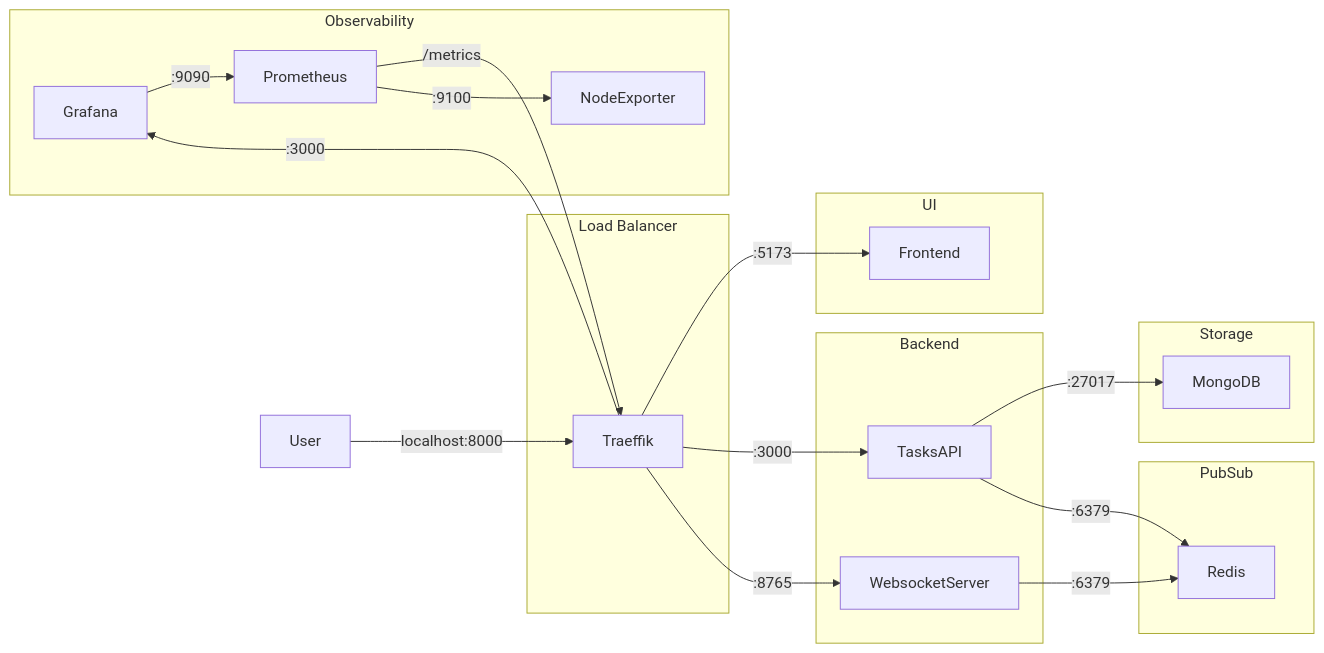
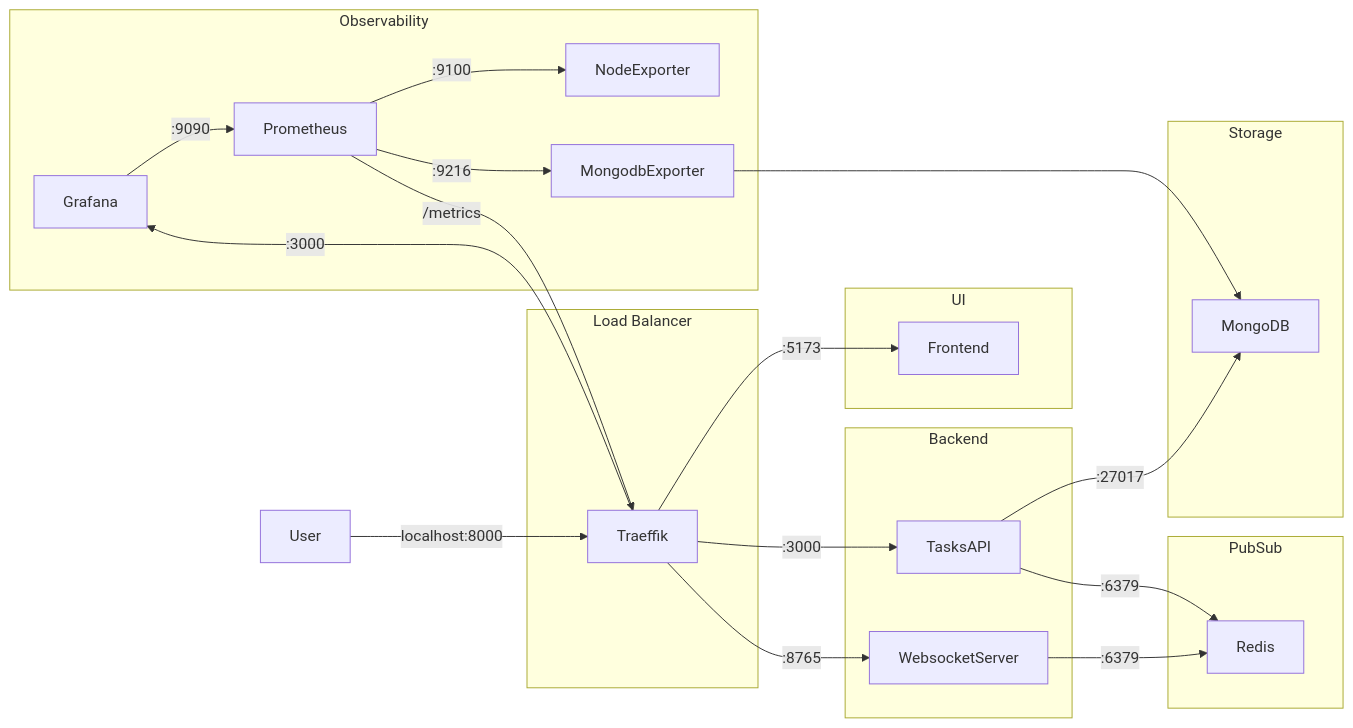
Before and after one commit to bespinian/insanely-complex-todo: the diagram in README.md, drawn with Mermaid. The commit also changed 7 other files, not shown here.

Commit message:
add mongodb exporter and dashboard

````diff
--- a/README.md
+++ b/README.md
@@ -38,41 +38,44 @@
 ```mermaid
 graph LR;
     subgraph UI
         Frontend
     end
 
     subgraph Storage
         MongoDB
     end
 
     subgraph PubSub
         Redis
     end
 
     subgraph Observability
         Grafana
         Prometheus
         NodeExporter
+        MongodbExporter
 
         Grafana-- :9090 --> Prometheus
+        Prometheus-- :9100 --> NodeExporter
+        Prometheus-- :9216 --> MongodbExporter
+        MongodbExporter --> MongoDB
     end
 
     subgraph Backend
         TasksAPI-- :27017 --> MongoDB
         TasksAPI-- :6379 --> Redis
         WebsocketServer-- :6379 -->Redis
     end
 
     subgraph lb[Load Balancer]
         Traeffik-- :5173 --> Frontend
         Traeffik-- :3000 --> TasksAPI
         Traeffik-- :8765 --> WebsocketServer
         Traeffik-- :3000 --> Grafana
     end
 
 
     User-- localhost:8000 --> Traeffik
 
     Prometheus-- /metrics --> Traeffik
-    Prometheus-- :9100 --> NodeExporter
 ```
````
